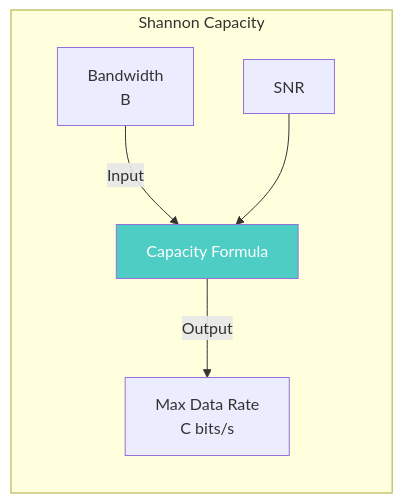
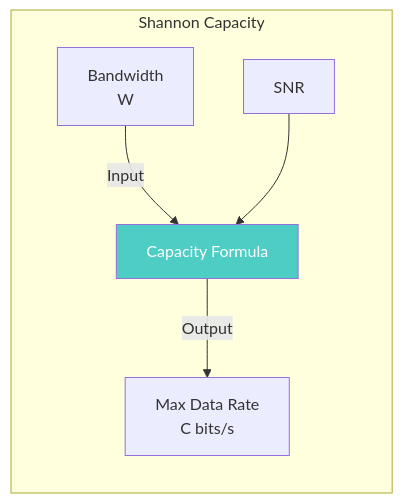
Diagram 12 of 12 in Btech/S8/ECT402/Module 2/Module 2 PYQ.md (aruncs31s/Acedemia-Notes), drawn with Mermaid before and after one commit. The commit also changed other lines of this file, not shown here.

````diff
--- a/Btech/S8/ECT402/Module 2/Module 2 PYQ.md
+++ b/Btech/S8/ECT402/Module 2/Module 2 PYQ.md
@@ -585,10 +602,10 @@
 ```mermaid
 graph LR
     subgraph "Shannon Capacity"
-    B[Bandwidth<br/>B] -->|"Input"| CAP[Capacity Formula]
+    B[Bandwidth<br/>W] -->|"Input"| CAP[Capacity Formula]
     SNR[SNR] --> CAP
     CAP -->|"Output"| C[Max Data Rate<br/>C bits/s]
     end
     
     style CAP fill:#4ecdc4,color:#fff
 ```
````
